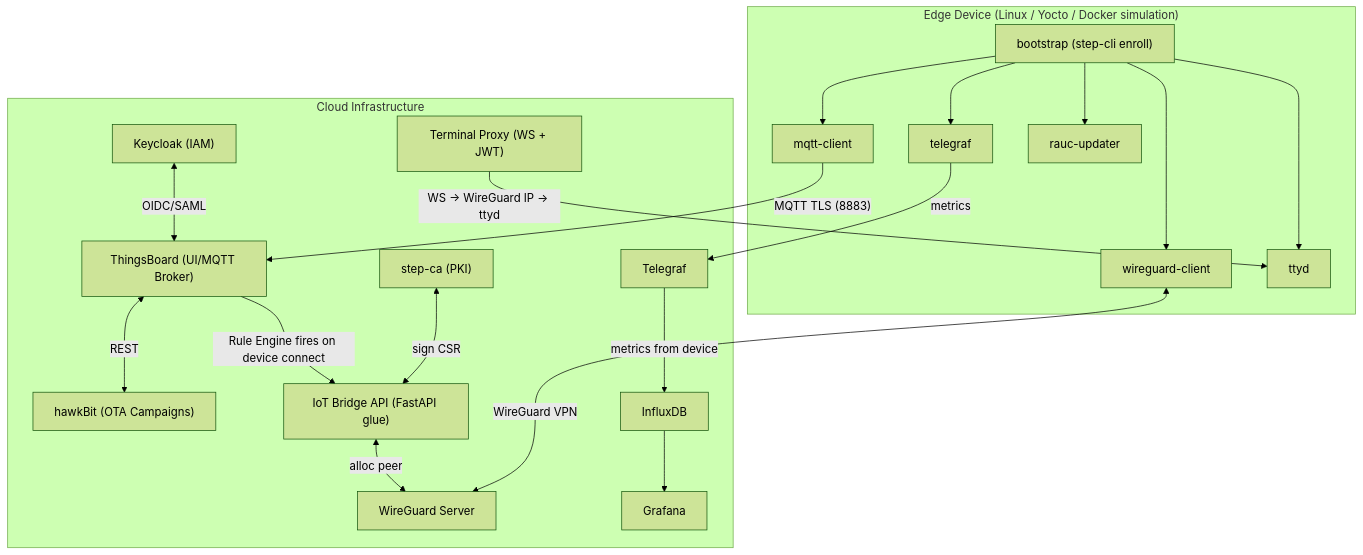
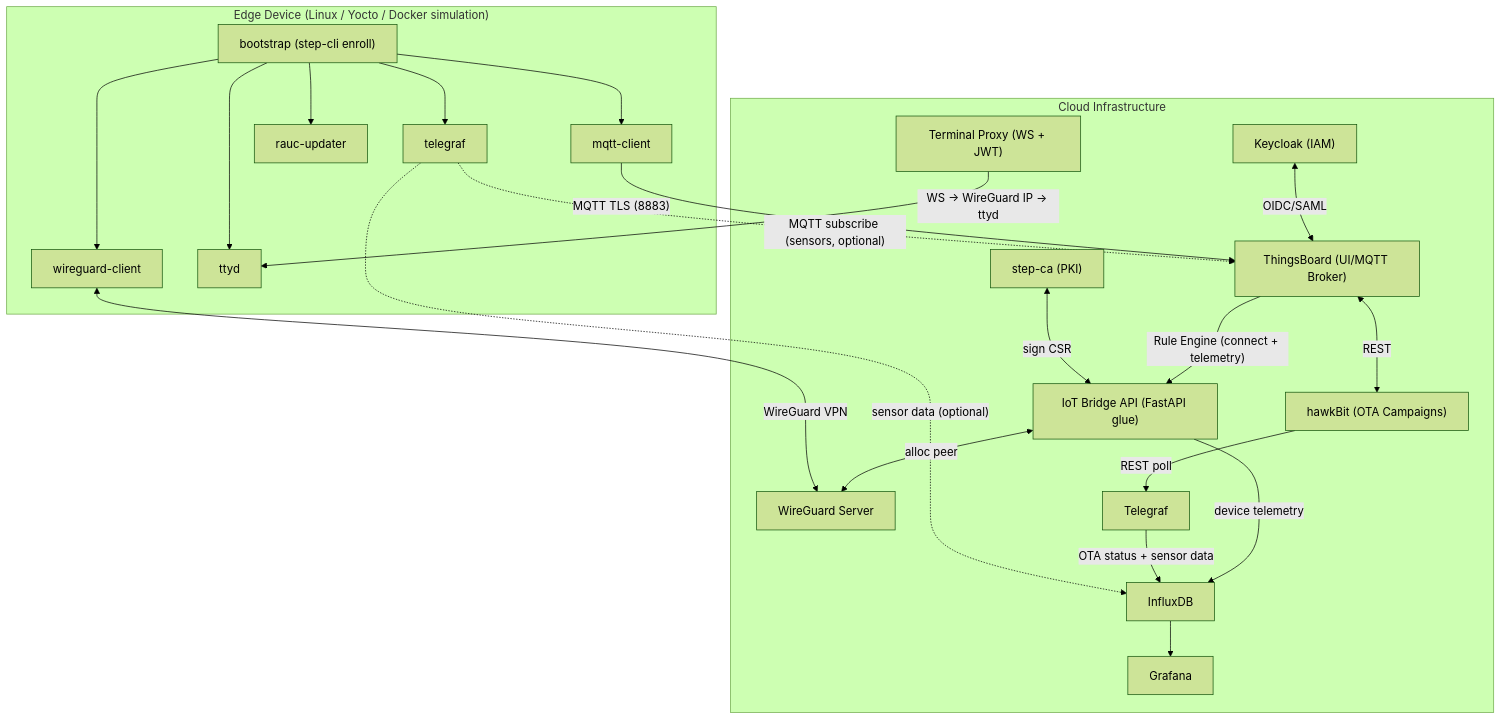
Before and after one commit to the78mole/complete-device-management: the first of 5 diagrams in docs/architecture/index.md, drawn with Mermaid (forest theme). The commit also changed other lines of this file and 1 other file, not shown here.

First line of the commit message:
docs: update architecture diagram to reflect device metrics changes

````diff
--- a/docs/architecture/index.md
+++ b/docs/architecture/index.md
@@ -15,43 +15,46 @@
 ```mermaid
 graph TB
     subgraph cloud["Cloud Infrastructure"]
         KC["Keycloak (IAM)"]
         TB["ThingsBoard (UI/MQTT Broker)"]
         HB["hawkBit (OTA Campaigns)"]
         SCA["step-ca (PKI)"]
         IBA["IoT Bridge API (FastAPI glue)"]
         WGS["WireGuard Server"]
         IDB[InfluxDB]
         TEL[Telegraf]
         GRF[Grafana]
         TXP["Terminal Proxy (WS + JWT)"]
 
         KC <-->|OIDC/SAML| TB
         TB <-->|REST| HB
-        TB -->|"Rule Engine fires on device connect"| IBA
+        TB -->|"Rule Engine (connect + telemetry)"| IBA
         SCA <-->|sign CSR| IBA
         IBA <-->|alloc peer| WGS
-        TEL -->|metrics from device| IDB
+        IBA -->|"device telemetry"| IDB
+        HB -->|REST poll| TEL
+        TEL -->|"OTA status + sensor data"| IDB
         IDB --> GRF
     end
 
     subgraph device["Edge Device (Linux / Yocto / Docker simulation)"]
         BST["bootstrap (step-cli enroll)"]
         WGC[wireguard-client]
         MQC[mqtt-client]
         TLG[telegraf]
         RAU[rauc-updater]
         TTD[ttyd]
 
         BST --> WGC
         BST --> MQC
         BST --> TLG
         BST --> RAU
         BST --> TTD
     end
 
     MQC -->|"MQTT TLS (8883)"| TB
     WGC <-->|WireGuard VPN| WGS
-    TLG -->|metrics| TEL
+    TLG -.->|"MQTT subscribe (sensors, optional)"| TB
+    TLG -.->|"sensor data (optional)"| IDB
     TXP -->|"WS → WireGuard IP → ttyd"| TTD
 ```
````
